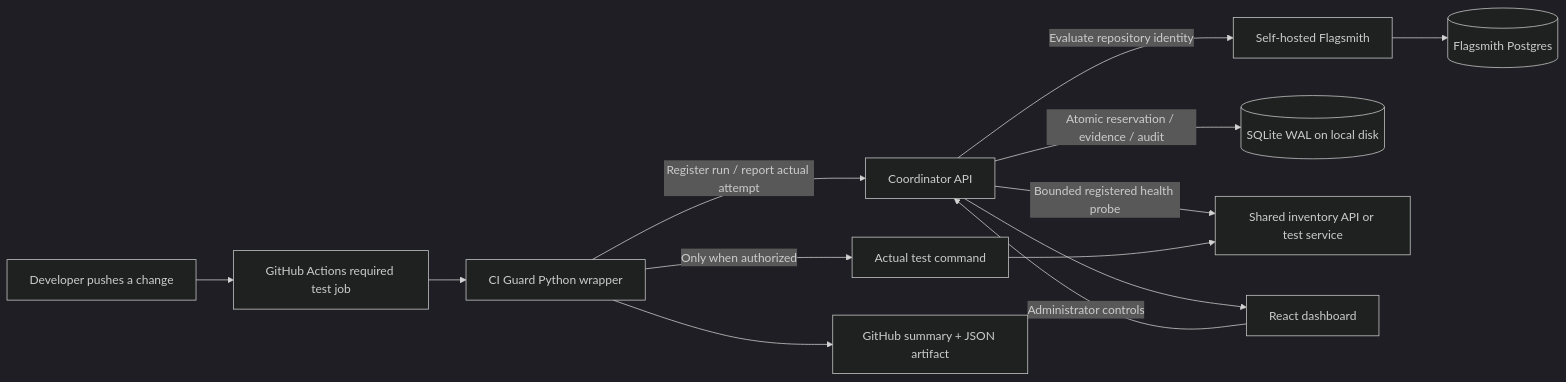
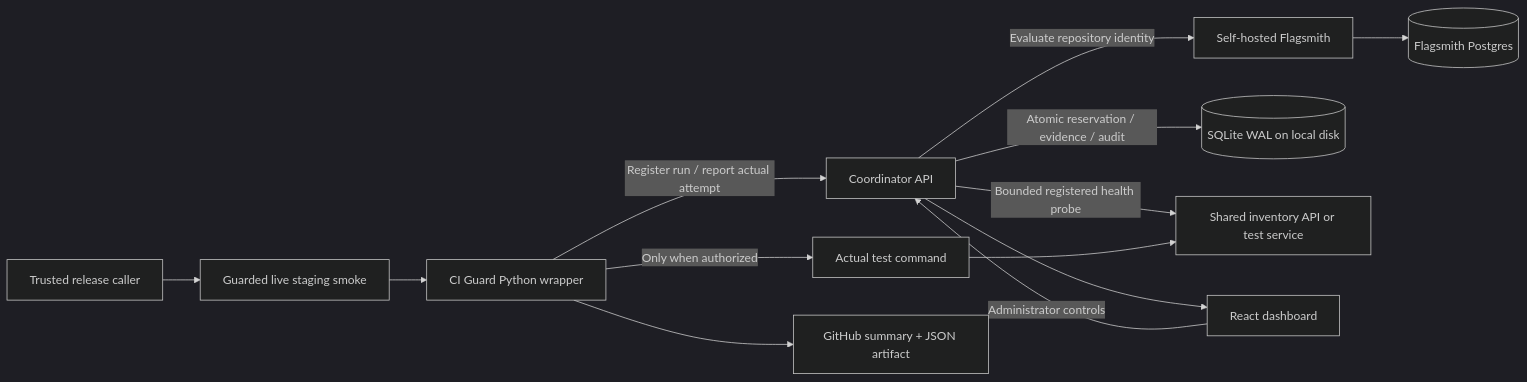
One commit to ayushmanthehero-lab/toggle_wars changed the first of 2 diagrams in docs/ARCHITECTURE.md. Above: the diagram before and after it, drawn with Mermaid (dark theme). The commit also changed other lines of this file and 13 other files, not shown here.

Commit message:
Split isolated PR tests from guarded live release checks

````diff
--- a/docs/ARCHITECTURE.md
+++ b/docs/ARCHITECTURE.md
@@ -3,15 +3,15 @@
 ```mermaid
 flowchart LR
-    Developer[Developer pushes a change] --> GitHub[GitHub Actions required test job]
-    GitHub --> Runner[CI Guard Python wrapper]
+    TrustedRelease[Trusted release caller] --> LiveSmoke[Guarded live staging smoke]
+    LiveSmoke --> Runner[CI Guard Python wrapper]
     Runner -->|Register run / report actual attempt| API[Coordinator API]
     API -->|Evaluate repository identity| Flagsmith[Self-hosted Flagsmith]
     Flagsmith --> FlagsDB[(Flagsmith Postgres)]
     API -->|Atomic reservation / evidence / audit| Database[(SQLite WAL on local disk)]
     API -->|Bounded registered health probe| Dependency[Shared inventory API or test service]
     Runner -->|Only when authorized| Tests[Actual test command]
     Tests --> Dependency
     Runner --> Report[GitHub summary + JSON artifact]
     API --> Dashboard[React dashboard]
     Dashboard -->|Administrator controls| API
 ```
````
